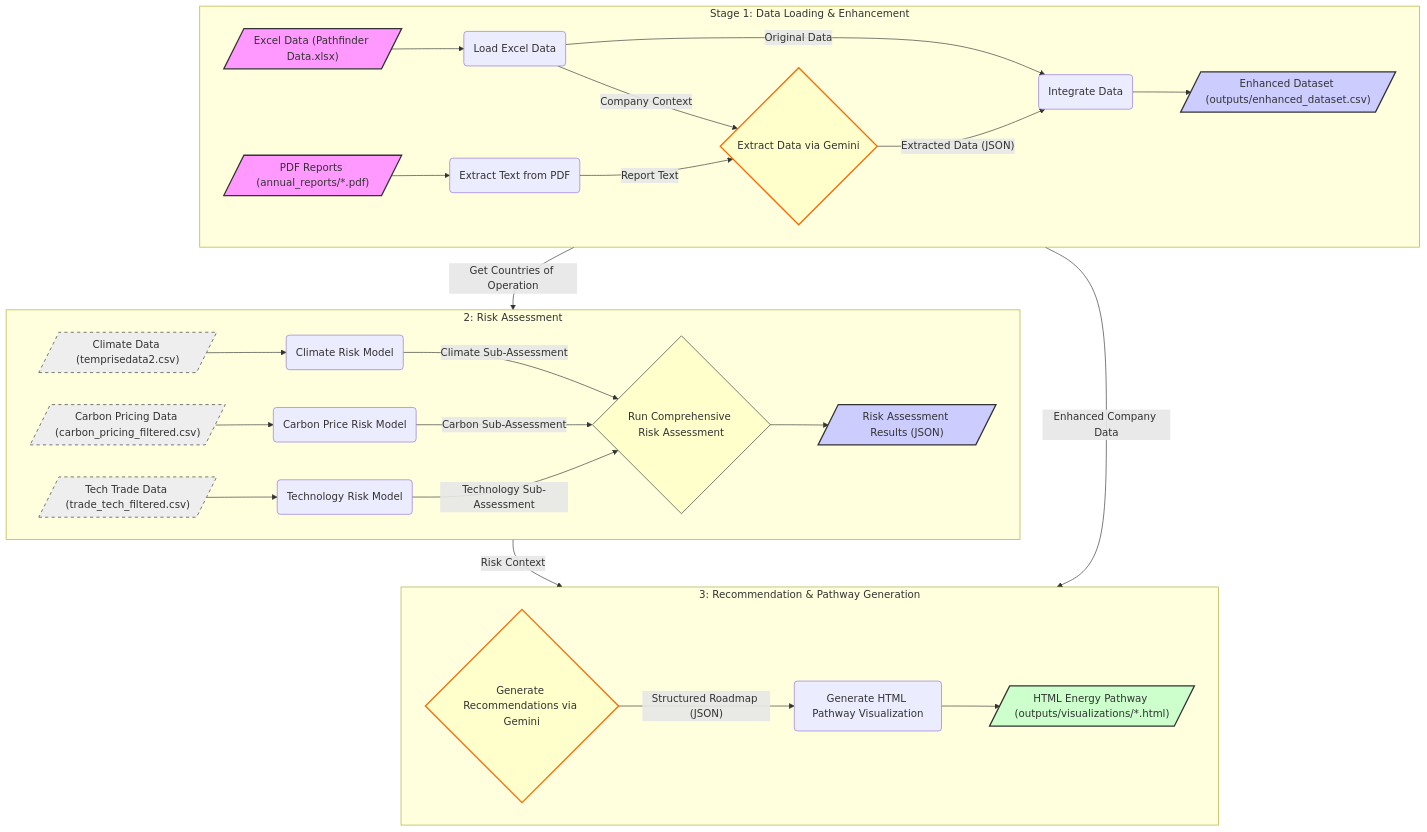
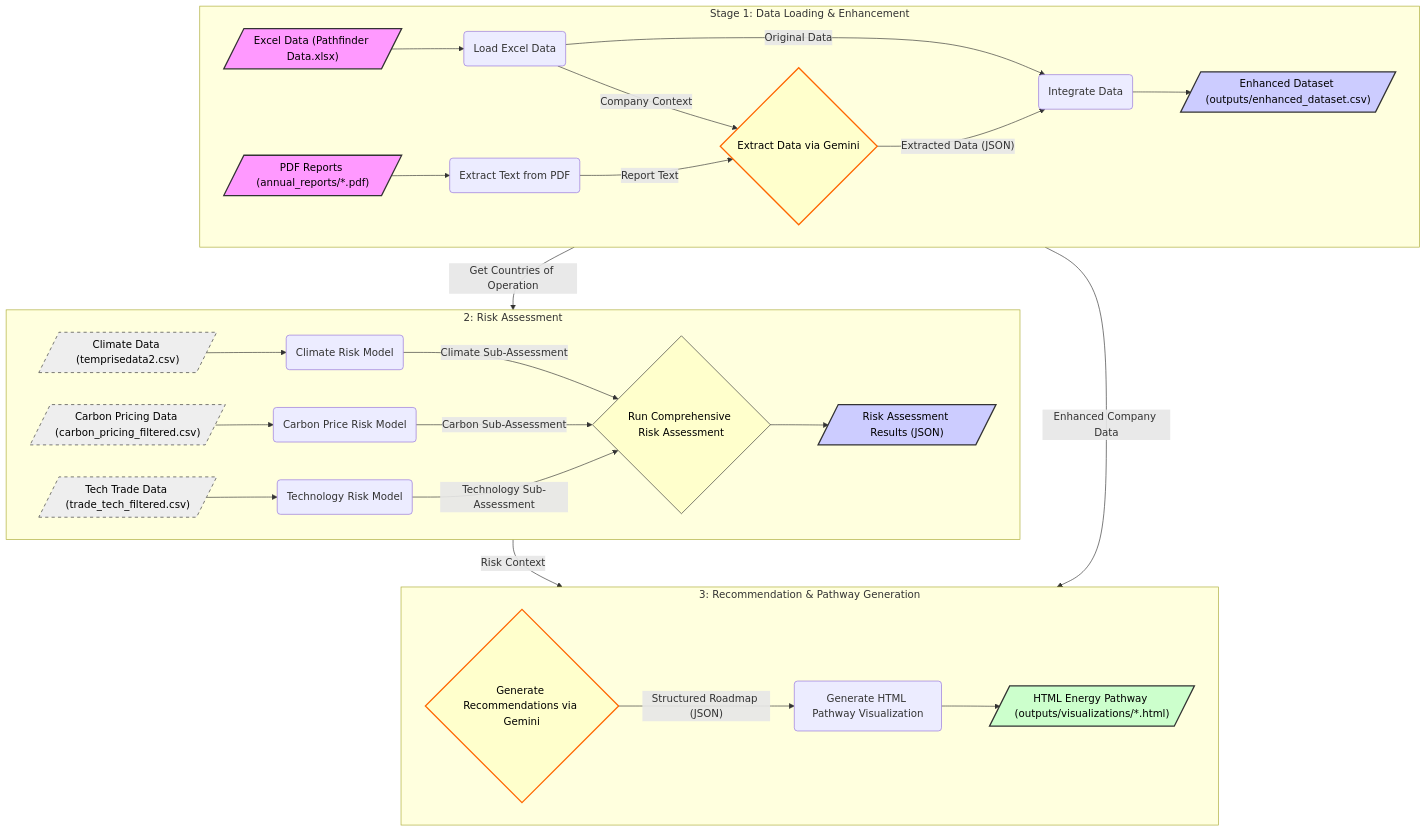
Before and after one commit to advaitbd/bc3412: the diagram in README.md, drawn with Mermaid.

Commit message:
Improve readability of mermaid diagram

````diff
--- a/README.md
+++ b/README.md
@@ -133,60 +133,60 @@
 ```mermaid
 flowchart TD
  subgraph subGraph0["Stage 1: Data Loading &amp; Enhancement"]
     direction LR
         C("Load Excel Data")
         A[/"Excel Data (Pathfinder Data.xlsx)"/]
         D("Extract Text from PDF")
         B[/"PDF Reports (annual_reports/*.pdf)"/]
         E{"Extract Data via Gemini"}
         F("Integrate Data")
         G[/"Enhanced Dataset (outputs/enhanced_dataset.csv)"/]
   end
  subgraph subGraph1["2: Risk Assessment"]
     direction LR
         I("Climate Risk Model")
         H[/"Climate Data (temprisedata2.csv)"/]
         K("Carbon Price Risk Model")
         J[/"Carbon Pricing Data (carbon_pricing_filtered.csv)"/]
         M("Technology Risk Model")
         L[/"Tech Trade Data (trade_tech_filtered.csv)"/]
         N{"Run Comprehensive Risk Assessment"}
         O[/"Risk Assessment Results (JSON)"/]
   end
  subgraph subGraph2["3: Recommendation & Pathway Generation"]
     direction LR
         Q{"Generate Recommendations via Gemini"}
         R("Generate HTML Pathway Visualization")
         S[/"HTML Energy Pathway (outputs/visualizations/*.html)"/]
   end
     A --> C
     B --> D
     C -- Company Context --> E
     D -- Report Text --> E
     C -- Original Data --> F
     E -- Extracted Data (JSON) --> F
     F --> G
     H --> I
     J --> K
     L --> M
     G -- Get Countries of Operation --> N
     I -- "Climate Sub-Assessment" --> N
     K -- "Carbon Sub-Assessment" --> N
     M -- "Technology Sub-Assessment" --> N
     N --> O
     G -- Enhanced Company Data --> Q
     O -- Risk Context --> Q
     Q -- Structured Roadmap (JSON) --> R
     R --> S
-    style A fill:#f9f,stroke:#333,stroke-width:2px
-    style B fill:#f9f,stroke:#333,stroke-width:2px
-    style E fill:#ffc,stroke:#f60,stroke-width:2px
-    style G fill:#ccf,stroke:#333,stroke-width:2px
-    style H fill:#eee,stroke:#333,stroke-width:1px,stroke-dasharray: 5 5
-    style J fill:#eee,stroke:#333,stroke-width:1px,stroke-dasharray: 5 5
-    style L fill:#eee,stroke:#333,stroke-width:1px,stroke-dasharray: 5 5
-    style N fill:#ffc,stroke:#333,stroke-width:1px
-    style O fill:#ccf,stroke:#333,stroke-width:2px
-    style Q fill:#ffc,stroke:#f60,stroke-width:2px
-    style S fill:#cfc,stroke:#333,stroke-width:2px
+    style A fill:#f9f,stroke:#333,stroke-width:2px,color:#000
+    style B fill:#f9f,stroke:#333,stroke-width:2px,color:#000
+    style E fill:#ffc,stroke:#f60,stroke-width:2px,color:#000
+    style G fill:#ccf,stroke:#333,stroke-width:2px,color:#000
+    style H fill:#eee,stroke:#333,stroke-width:1px,stroke-dasharray: 5 5,color:#000
+    style J fill:#eee,stroke:#333,stroke-width:1px,stroke-dasharray: 5 5,color:#000
+    style L fill:#eee,stroke:#333,stroke-width:1px,stroke-dasharray: 5 5,color:#000
+    style N fill:#ffc,stroke:#333,stroke-width:1px,color:#000
+    style O fill:#ccf,stroke:#333,stroke-width:2px,color:#000
+    style Q fill:#ffc,stroke:#f60,stroke-width:2px,color:#000
+    style S fill:#cfc,stroke:#333,stroke-width:2px,color:#000
 ```
````
